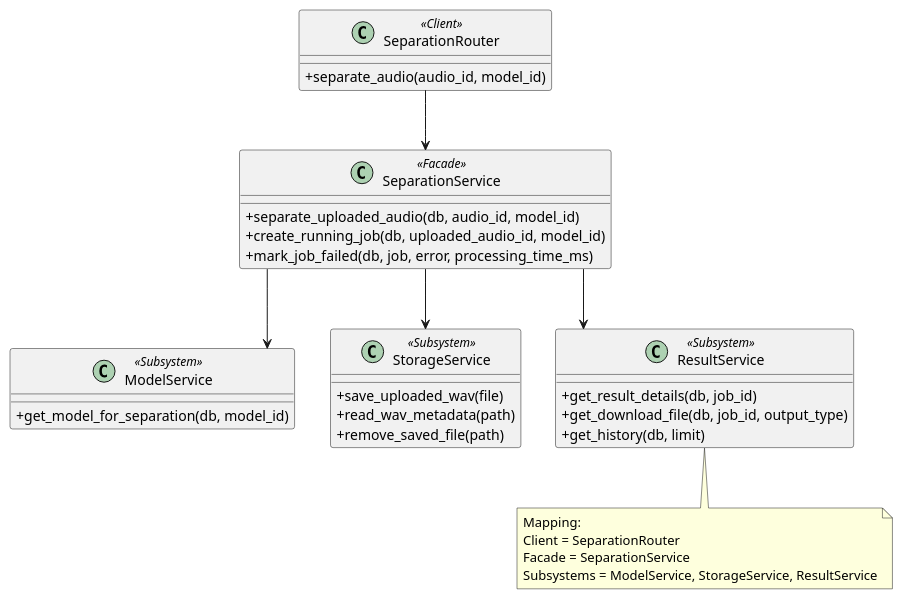
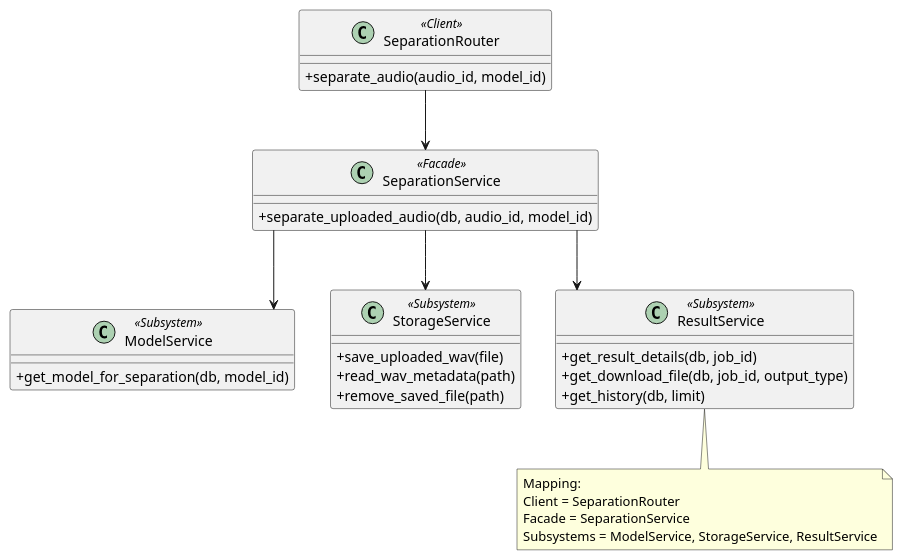
One commit to ASHRAF-2004/Machine-Learning-Based-System-for-Cardiopulmonary-Sound-Separation changed the diagram in docs/software_design_report/diagrams/puml/facade_project.puml. Above: the diagram before and after it, drawn with PlantUML. The commit also changed 35 other files, not shown here.

```diff
--- a/docs/software_design_report/diagrams/puml/facade_project.puml
+++ b/docs/software_design_report/diagrams/puml/facade_project.puml
@@ -1,47 +1,45 @@
 @startuml
-' Facade Pattern adapted to the current backend implementation.
+' Facade Pattern adapted to the refactored backend implementation.
 ' Suggested LaTeX placement: normal page.
 
 skinparam classAttributeIconSize 0
 skinparam shadowing false
 skinparam linetype ortho
 
 class SeparationRouter <<Client>> {
   +separate_audio(audio_id, model_id)
 }
 
 class SeparationService <<Facade>> {
   +separate_uploaded_audio(db, audio_id, model_id)
-  +create_running_job(db, uploaded_audio_id, model_id)
-  +mark_job_failed(db, job, error, processing_time_ms)
 }
 
 class ModelService <<Subsystem>> {
   +get_model_for_separation(db, model_id)
 }
 
 class StorageService <<Subsystem>> {
   +save_uploaded_wav(file)
   +read_wav_metadata(path)
   +remove_saved_file(path)
 }
 
 class ResultService <<Subsystem>> {
   +get_result_details(db, job_id)
   +get_download_file(db, job_id, output_type)
   +get_history(db, limit)
 }
 
 SeparationRouter --> SeparationService
 SeparationService --> ModelService
 SeparationService --> StorageService
 SeparationService --> ResultService
 
 note bottom
   Mapping:
   Client = SeparationRouter
   Facade = SeparationService
   Subsystems = ModelService, StorageService, ResultService
 end note
 
 @enduml
```
